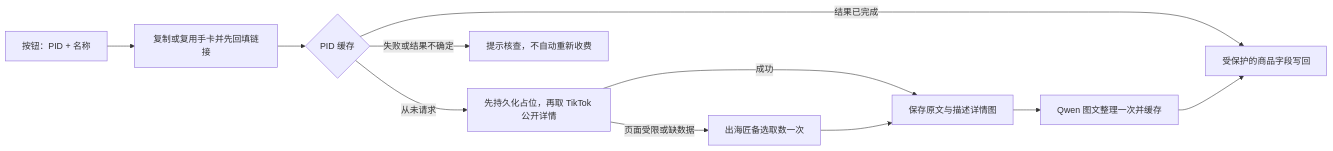
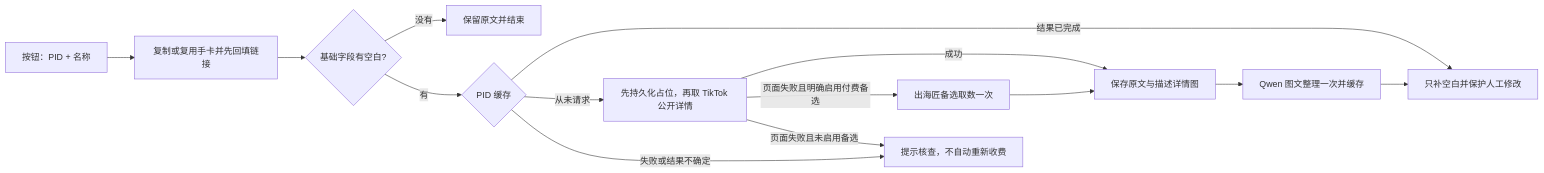
The diagram in deploy/PRODUCT_CATALOG.md (lihuiming3216-droid/viral-video-analyzer), drawn with Mermaid before and after one commit. The commit also changed other lines of this file and 93 other files, not shown here.

````diff
--- a/deploy/PRODUCT_CATALOG.md
+++ b/deploy/PRODUCT_CATALOG.md
@@ -27,13 +31,16 @@
 ```mermaid
 flowchart LR
   A[按钮：PID + 名称] --> B[复制或复用手卡并先回填链接]
-  B --> C{PID 缓存}
-  C -->|结果已完成| G[受保护的商品字段写回]
+  B --> J{基础字段有空白?}
+  J -->|没有| K[保留原文并结束]
+  J -->|有| C{PID 缓存}
+  C -->|结果已完成| G[只补空白并保护人工修改]
   C -->|从未请求| D[先持久化占位，再取 TikTok 公开详情]
   C -->|失败或结果不确定| H[提示核查，不自动重新收费]
   D -->|成功| E[保存原文与描述详情图]
-  D -->|页面受限或缺数据| I[出海匠备选取数一次]
+  D -->|页面失败且明确启用付费备选| I[出海匠备选取数一次]
+  D -->|页面失败且未启用备选| H
   I --> E
   E --> F[Qwen 图文整理一次并缓存]
   F --> G
 ```
````
